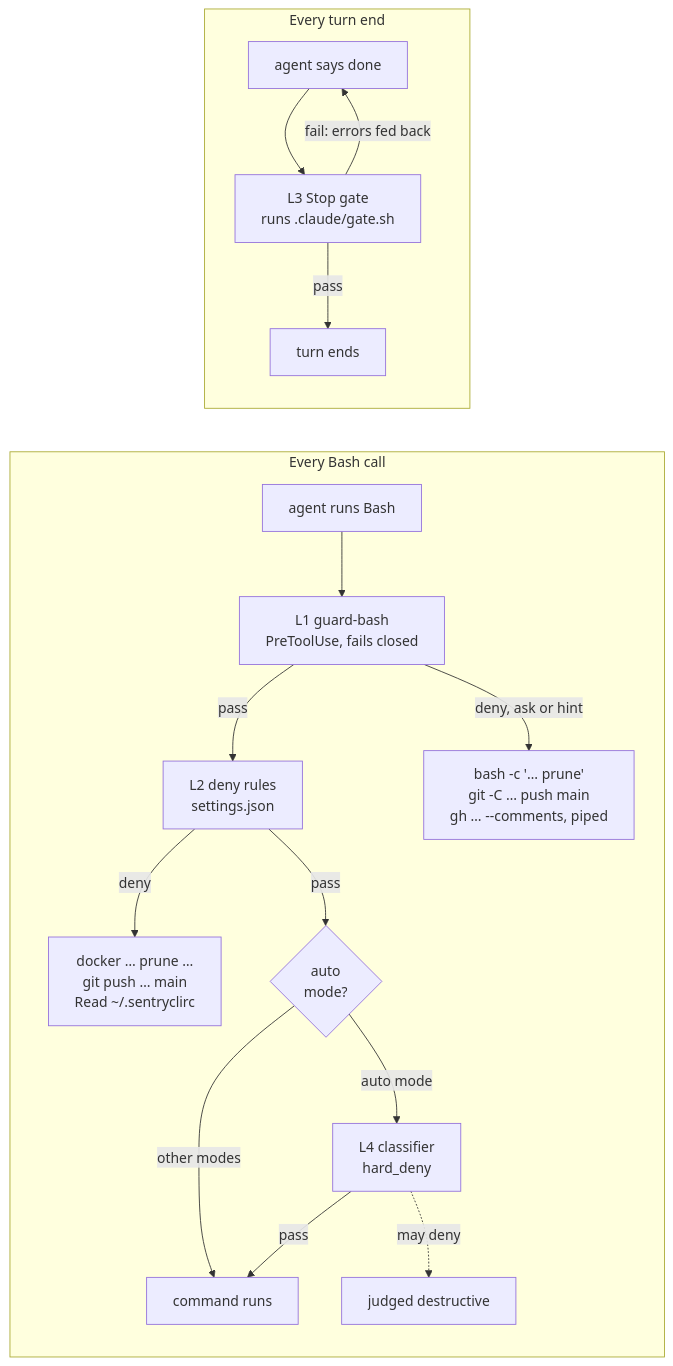
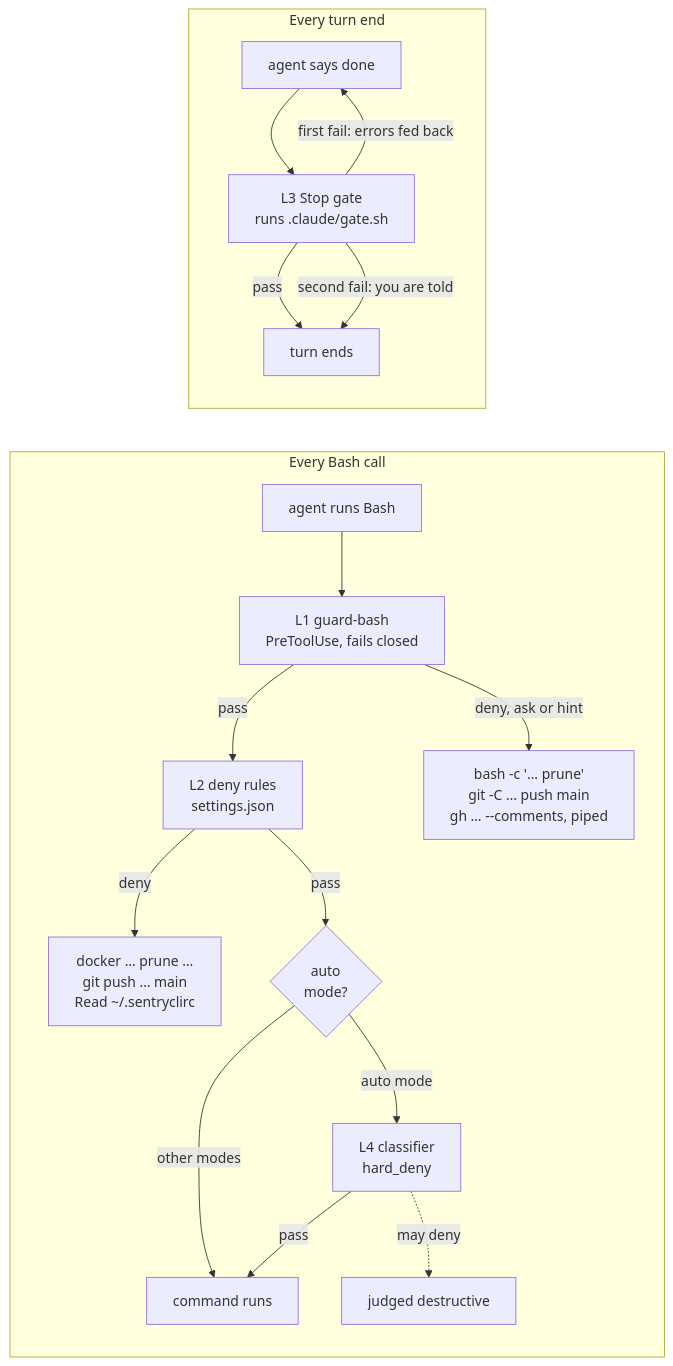
The fourth of 4 diagrams in README.md (kaminski-dev/dk-agent-kit), drawn with Mermaid before and after one commit. The commit also changed other lines of this file and 3 other files, not shown here.

````diff
--- a/README.md
+++ b/README.md
@@ -86,19 +86,20 @@
 ```mermaid
 flowchart LR
   subgraph call["Every Bash call"]
     bash["agent runs Bash"] --> hook["L1 guard-bash<br/>PreToolUse, fails closed"]
     hook -- "pass" --> deny["L2 deny rules<br/>settings.json"]
     hook -- "deny, ask or hint" --> d1["bash -c '… prune'<br/>git -C … push main<br/>gh … --comments, piped"]
     deny -- "deny" --> d2["docker … prune …<br/>git push … main<br/>Read ~/.sentryclirc"]
     deny -- "pass" --> mode{"auto<br/>mode?"}
     mode -- "other modes" --> run["command runs"]
     mode -- "auto mode" --> auto["L4 classifier<br/>hard_deny"]
     auto -- "pass" --> run
     auto -. "may deny" .-> d3["judged destructive"]
   end
   subgraph turn["Every turn end"]
     done["agent says done"] --> stop["L3 Stop gate<br/>runs .claude/gate.sh"]
     stop -- "pass" --> ends["turn ends"]
-    stop -- "fail: errors fed back" --> done
+    stop -- "first fail: errors fed back" --> done
+    stop -- "second fail: you are told" --> ends
   end
 ```
````
